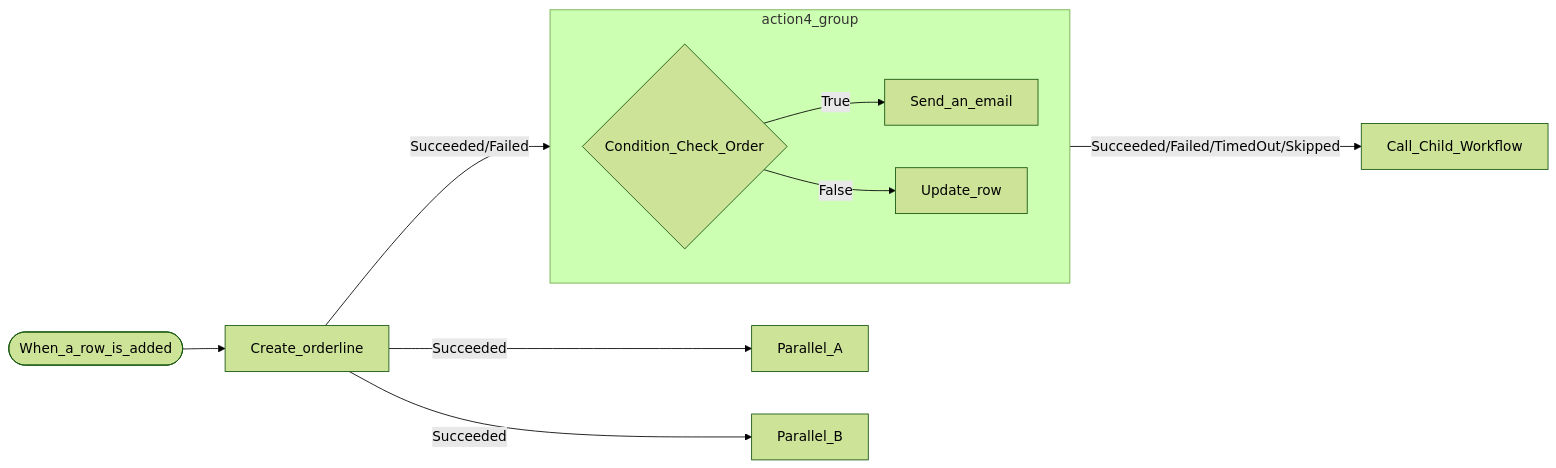
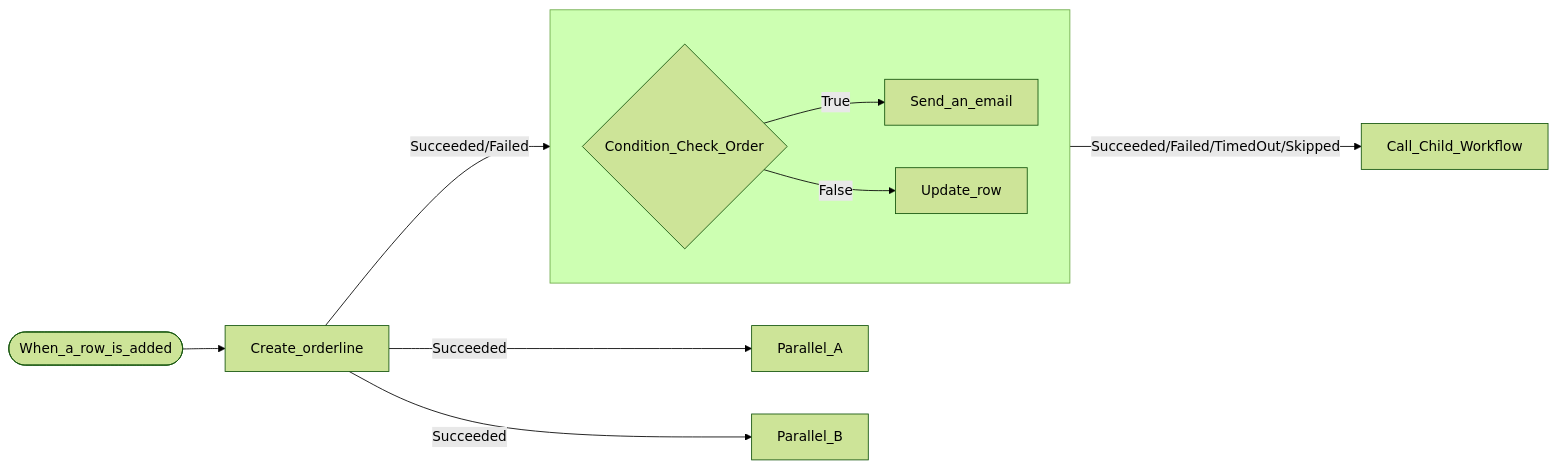
One commit to autosysops/PowerShell_PowerPlatformChecker changed the diagram in tests/fixtures/expected/FlowChart.SampleFlow.LR.expected.md. Above: the diagram before and after it, drawn with Mermaid (forest theme). The commit also changed 8 other files, not shown here.

```diff
--- a/tests/fixtures/expected/FlowChart.SampleFlow.LR.expected.md
+++ b/tests/fixtures/expected/FlowChart.SampleFlow.LR.expected.md
@@ -1,21 +1,21 @@
 :::mermaid
 flowchart LR
 action0(["When_a_row_is_added"])
 action1["Call_Child_Workflow"]
 action5["Create_orderline"]
 action6["Parallel_A"]
 action7["Parallel_B"]
-subgraph action4_group
+subgraph action4_group[" "]
 direction LR
 action2["Send_an_email"]
 action3["Update_row"]
 action4{"Condition_Check_Order"}
 action4 -- False --> action3
 action4 -- True --> action2
 end
 action0 --> action5
 action4_group -- Succeeded/Failed/TimedOut/Skipped --> action1
 action5 -- Succeeded --> action6
 action5 -- Succeeded --> action7
 action5 -- Succeeded/Failed --> action4_group
 :::
```
